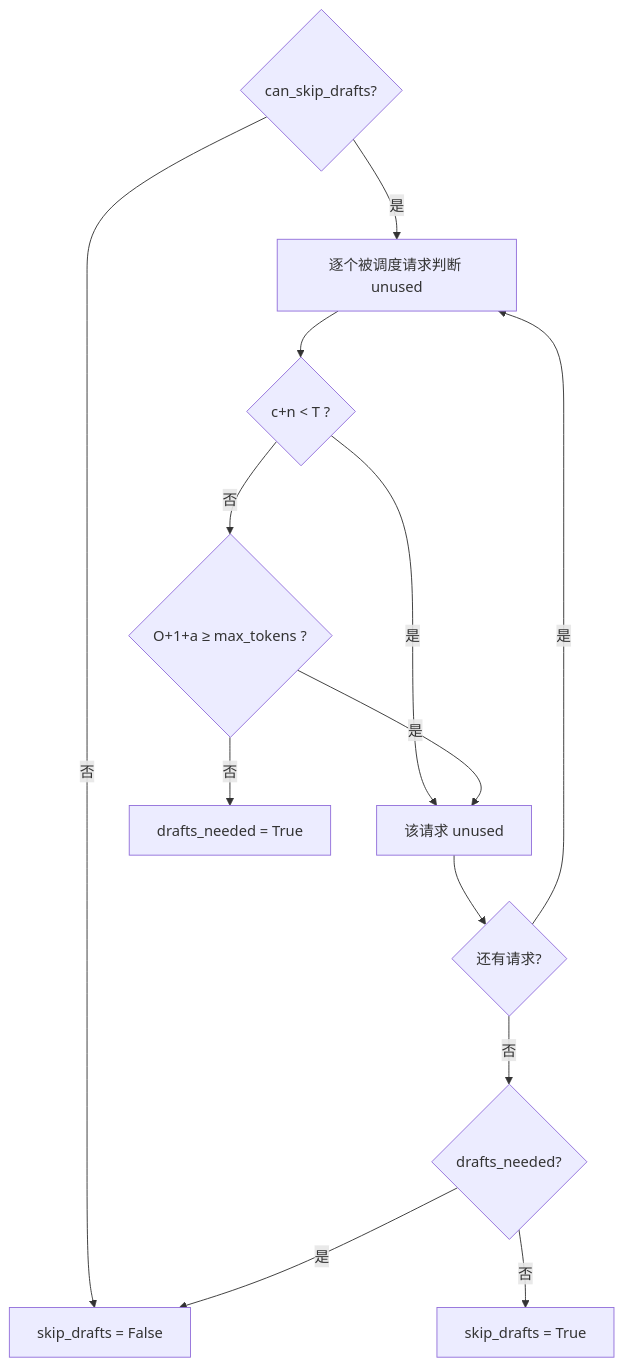
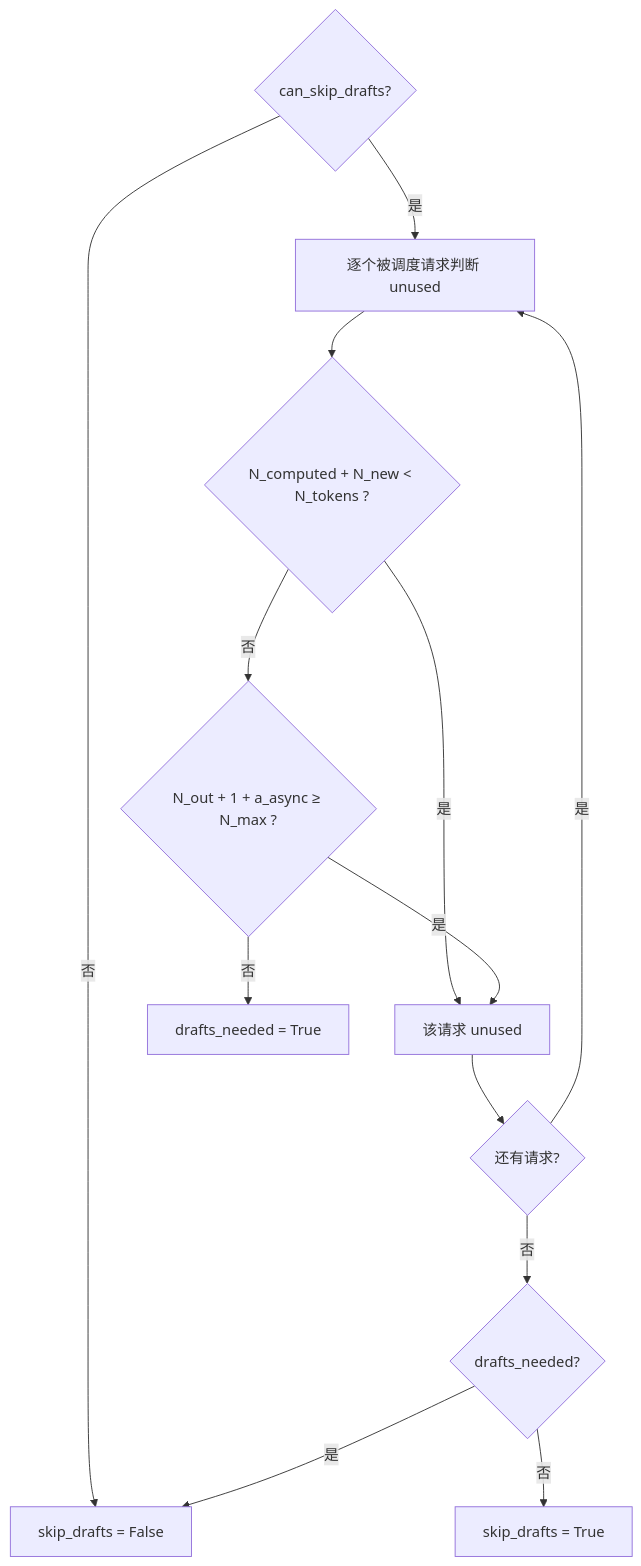
Before and after one commit to cluster1900/vllm_reader: diagram 22 of 31 in book/04-scheduler/README.md, drawn with Mermaid. The commit also changed other lines of this file and 3 other files, not shown here.

First line of the commit message:
ch04: formula walkthroughs (白话/其中/怎么算出来/核对), rollback diagram, CI EPUB+math preview

````diff
--- a/book/04-scheduler/README.md
+++ b/book/04-scheduler/README.md
@@ -1224,15 +1402,15 @@
 ```mermaid
 flowchart TD
     A{can_skip_drafts?} -->|否| N[skip_drafts = False]
     A -->|是| B[逐个被调度请求判断 unused]
-    B --> C{c+n < T ?}
+    B --> C{N_computed + N_new < N_tokens ?}
     C -->|是| U[该请求 unused]
-    C -->|否| D{O+1+a ≥ max_tokens ?}
+    C -->|否| D{N_out + 1 + a_async ≥ N_max ?}
     D -->|是| U
     D -->|否| X[drafts_needed = True]
     U --> E{还有请求?}
     E -->|是| B
     E -->|否| F{drafts_needed?}
     F -->|否| S[skip_drafts = True]
     F -->|是| N
 ```
````
